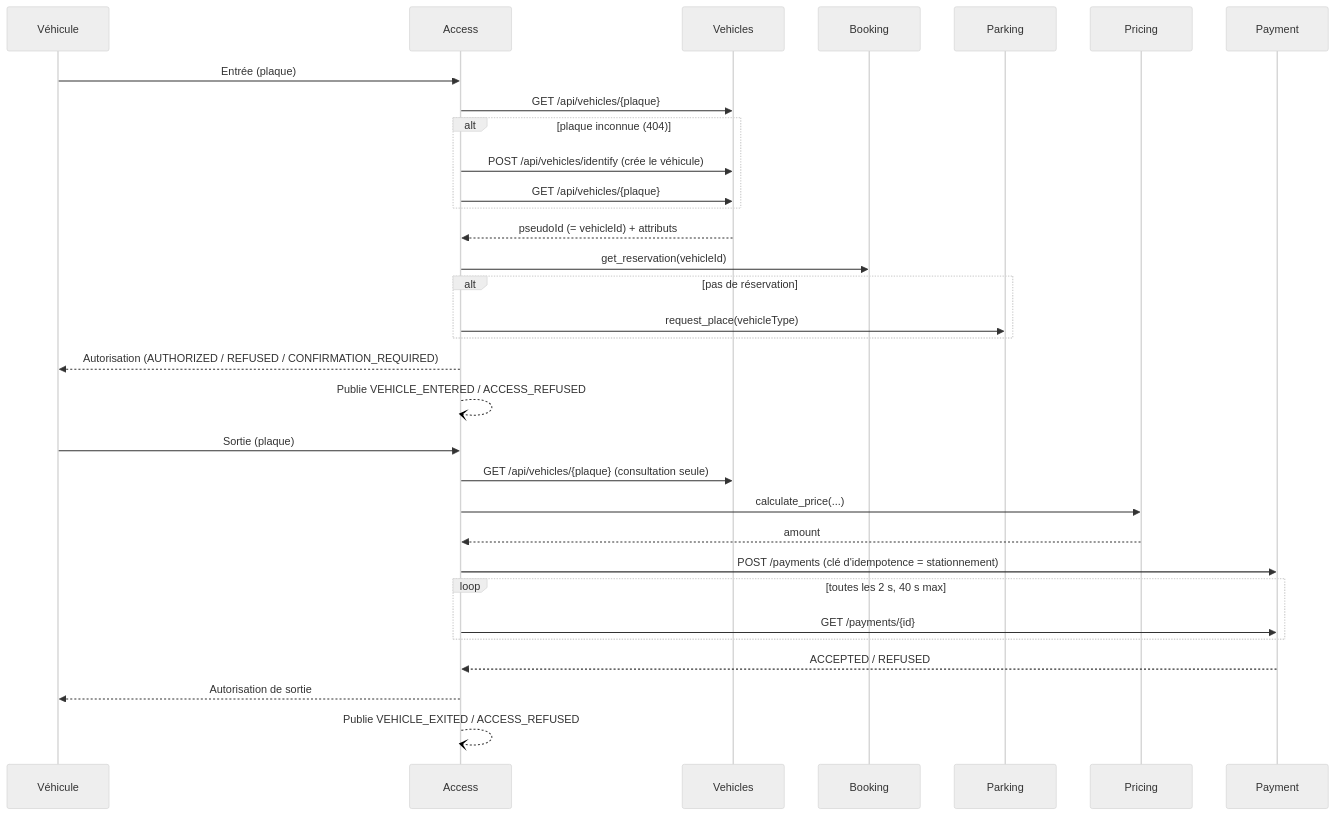
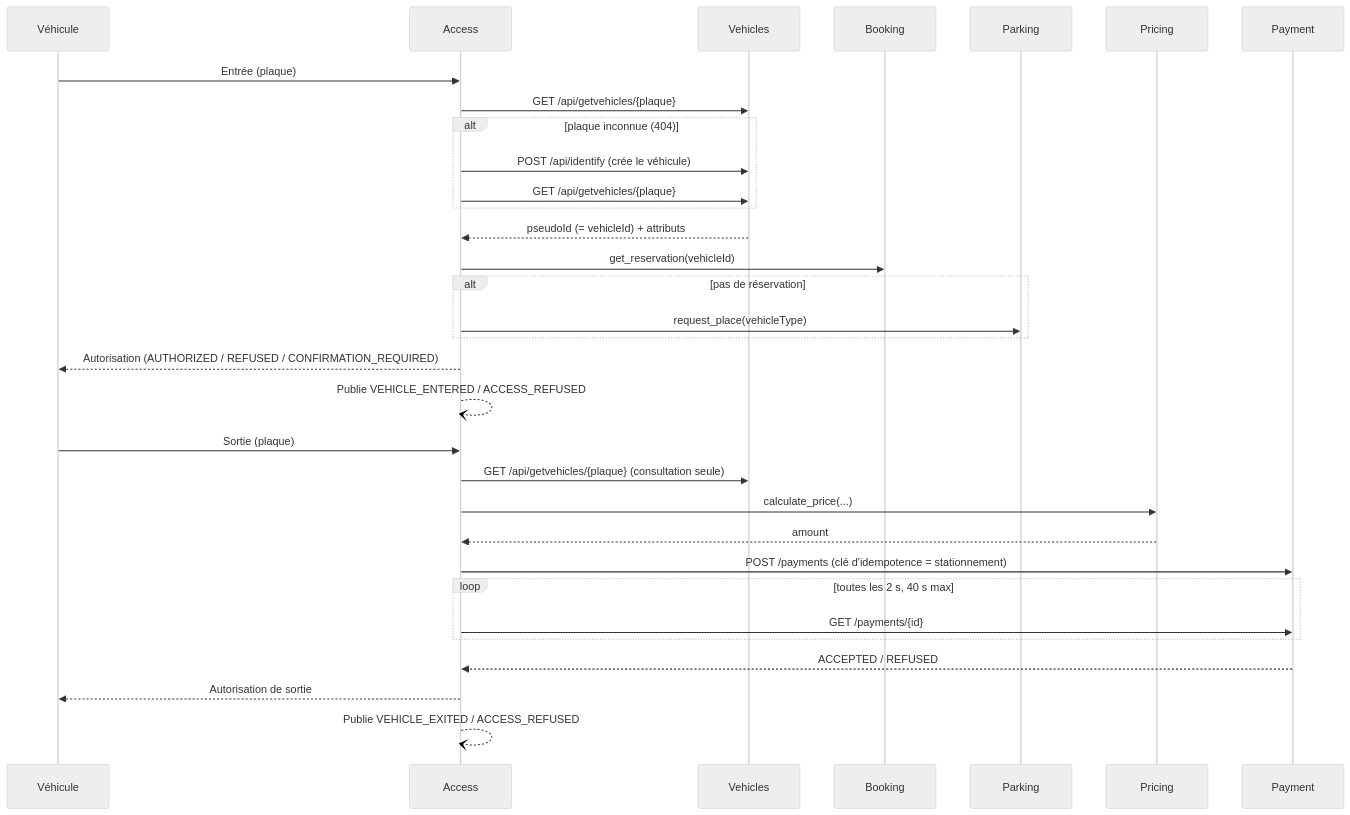
The diagram in README.md (DenisDMU/access-parking), drawn with Mermaid (neutral theme) before and after one commit. The commit also changed other lines of this file and 9 other files, not shown here.

````diff
--- a/README.md
+++ b/README.md
@@ -128,36 +128,36 @@
 ```mermaid
 sequenceDiagram
     participant V as Véhicule
     participant A as Access
     participant Ve as Vehicles
     participant B as Booking
     participant P as Parking
     participant Pr as Pricing
     participant Pa as Payment
 
     V->>A: Entrée (plaque)
-    A->>Ve: GET /api/vehicles/{plaque}
+    A->>Ve: GET /api/getvehicles/{plaque}
     alt plaque inconnue (404)
-        A->>Ve: POST /api/vehicles/identify (crée le véhicule)
-        A->>Ve: GET /api/vehicles/{plaque}
+        A->>Ve: POST /api/identify (crée le véhicule)
+        A->>Ve: GET /api/getvehicles/{plaque}
     end
     Ve-->>A: pseudoId (= vehicleId) + attributs
     A->>B: get_reservation(vehicleId)
     alt pas de réservation
         A->>P: request_place(vehicleType)
     end
     A-->>V: Autorisation (AUTHORIZED / REFUSED / CONFIRMATION_REQUIRED)
     A--)A: Publie VEHICLE_ENTERED / ACCESS_REFUSED
 
     V->>A: Sortie (plaque)
-    A->>Ve: GET /api/vehicles/{plaque} (consultation seule)
+    A->>Ve: GET /api/getvehicles/{plaque} (consultation seule)
     A->>Pr: calculate_price(...)
     Pr-->>A: amount
     A->>Pa: POST /payments (clé d'idempotence = stationnement)
     loop toutes les 2 s, 40 s max
         A->>Pa: GET /payments/{id}
     end
     Pa-->>A: ACCEPTED / REFUSED
     A-->>V: Autorisation de sortie
     A--)A: Publie VEHICLE_EXITED / ACCESS_REFUSED
 ```
````
